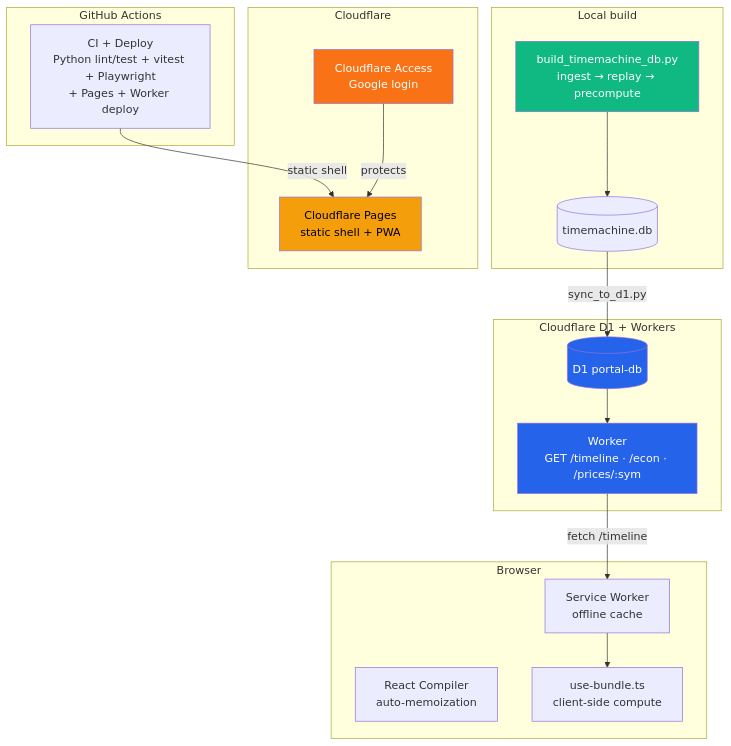
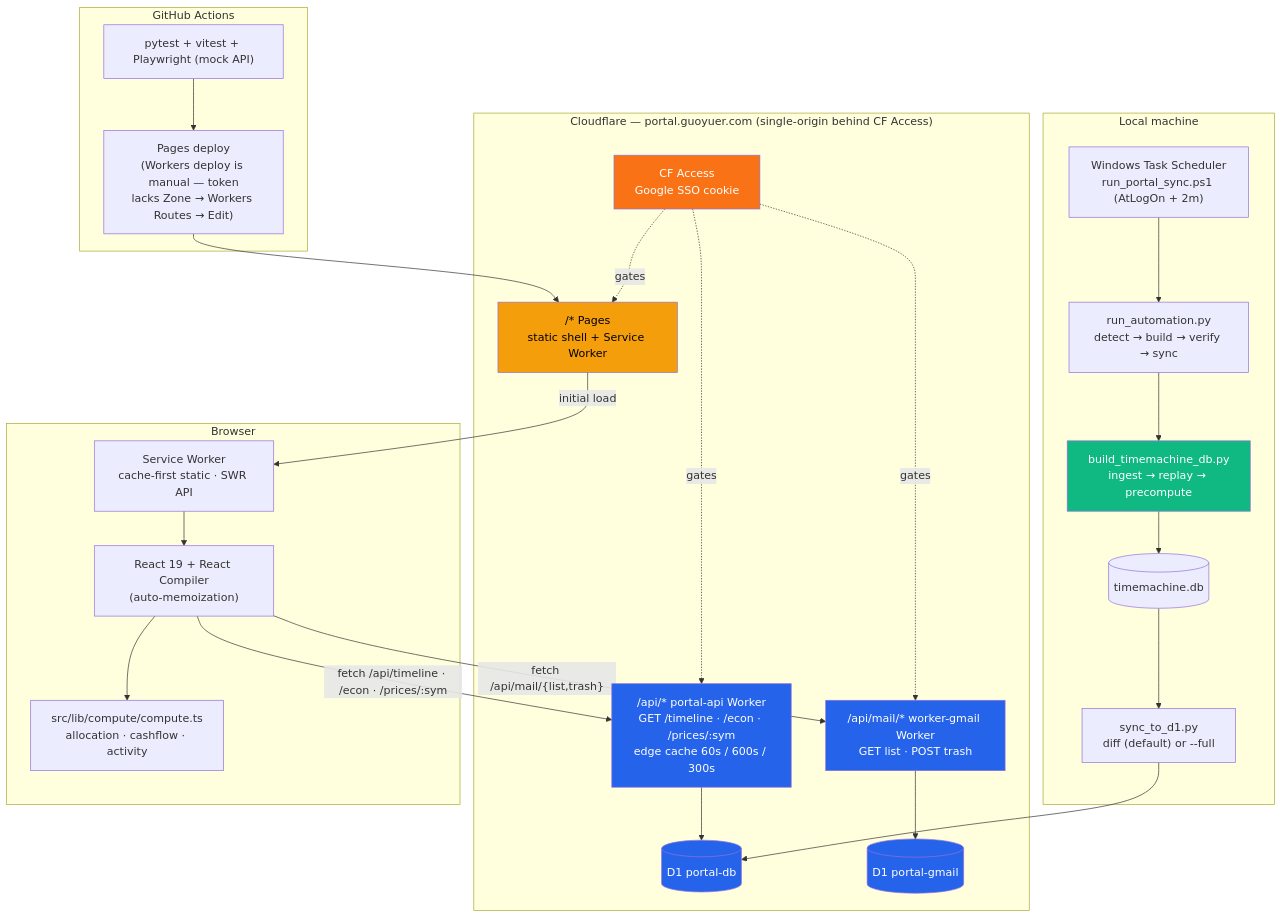
The first of 4 diagrams in README.md (Guoyuer/portal), drawn with Mermaid before and after one commit. The commit also changed other lines of this file and 14 other files, not shown here.

````diff
--- a/README.md
+++ b/README.md
@@ -9,41 +9,45 @@
 ```mermaid
 graph TB
-    subgraph "Local build"
+    subgraph Local["Local machine"]
+        TASK["Windows Task Scheduler<br/>run_portal_sync.ps1 (AtLogOn + 2m)"]
+        AUTO["run_automation.py<br/>detect → build → verify → sync"]
         BUILD["build_timemachine_db.py<br/>ingest → replay → precompute"]
         DB[(timemachine.db)]
+        SYNC["sync_to_d1.py<br/>diff (default) or --full"]
     end
 
-    subgraph "Cloudflare D1 + Workers"
+    subgraph Cloud["Cloudflare — portal.guoyuer.com (single-origin behind CF Access)"]
+        ACCESS["CF Access<br/>Google SSO cookie"]
+        PAGES["/* Pages<br/>static shell + Service Worker"]
+        WAPI["/api/* portal-api Worker<br/>GET /timeline · /econ · /prices/:sym<br/>edge cache 60s / 600s / 300s"]
+        WMAIL["/api/mail/* worker-gmail Worker<br/>GET list · POST trash"]
         D1[(D1 portal-db)]
-        WORKER["Worker<br/>GET /timeline · /econ · /prices/:sym"]
+        D1M[(D1 portal-gmail)]
     end
 
-    subgraph "GitHub Actions"
-        CI["CI + Deploy<br/>Python lint/test + vitest + Playwright<br/>+ Pages + Worker deploy"]
+    subgraph Browser
+        SW["Service Worker<br/>cache-first static · SWR API"]
+        UI["React 19 + React Compiler<br/>(auto-memoization)"]
+        COMPUTE["src/lib/compute/compute.ts<br/>allocation · cashflow · activity"]
     end
 
-    subgraph "Cloudflare"
-        ACCESS["Cloudflare Access<br/>Google login"]
-        PAGES["Cloudflare Pages<br/>static shell + PWA"]
+    subgraph CI["GitHub Actions"]
+        CI_TEST["pytest + vitest + Playwright (mock API)"]
+        CI_DEPLOY["Pages deploy<br/>(Workers deploy is manual — token<br/>lacks Zone → Workers Routes → Edit)"]
     end
 
-    subgraph "Browser"
-        SW["Service Worker<br/>offline cache"]
-        RC["React Compiler<br/>auto-memoization"]
-        COMPUTE["use-bundle.ts<br/>client-side compute"]
-    end
-
-    BUILD --> DB
-    DB -->|sync_to_d1.py| D1
-    D1 --> WORKER
-    CI -->|static shell| PAGES
-    WORKER -->|"fetch /timeline"| SW
-    SW --> COMPUTE
-    ACCESS -->|protects| PAGES
+    TASK --> AUTO --> BUILD --> DB --> SYNC --> D1
+    ACCESS -.gates.-> PAGES & WAPI & WMAIL
+    PAGES -->|initial load| SW --> UI --> COMPUTE
+    UI -->|"fetch /api/timeline · /econ · /prices/:sym"| WAPI --> D1
+    UI -->|"fetch /api/mail/{list,trash}"| WMAIL --> D1M
+    CI_TEST --> CI_DEPLOY --> PAGES
 
     style BUILD fill:#10b981,color:#fff
-    style WORKER fill:#2563eb,color:#fff
+    style WAPI fill:#2563eb,color:#fff
+    style WMAIL fill:#2563eb,color:#fff
     style PAGES fill:#f59e0b,color:#000
     style ACCESS fill:#f97316,color:#fff
     style D1 fill:#2563eb,color:#fff
+    style D1M fill:#2563eb,color:#fff
 ```
````
